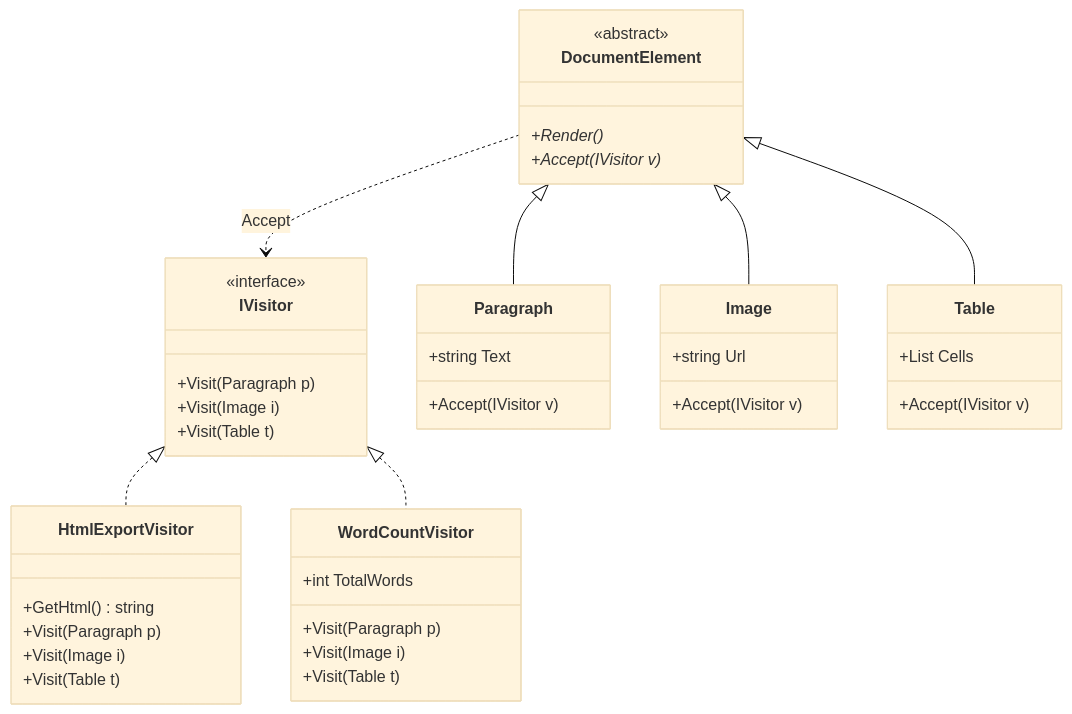
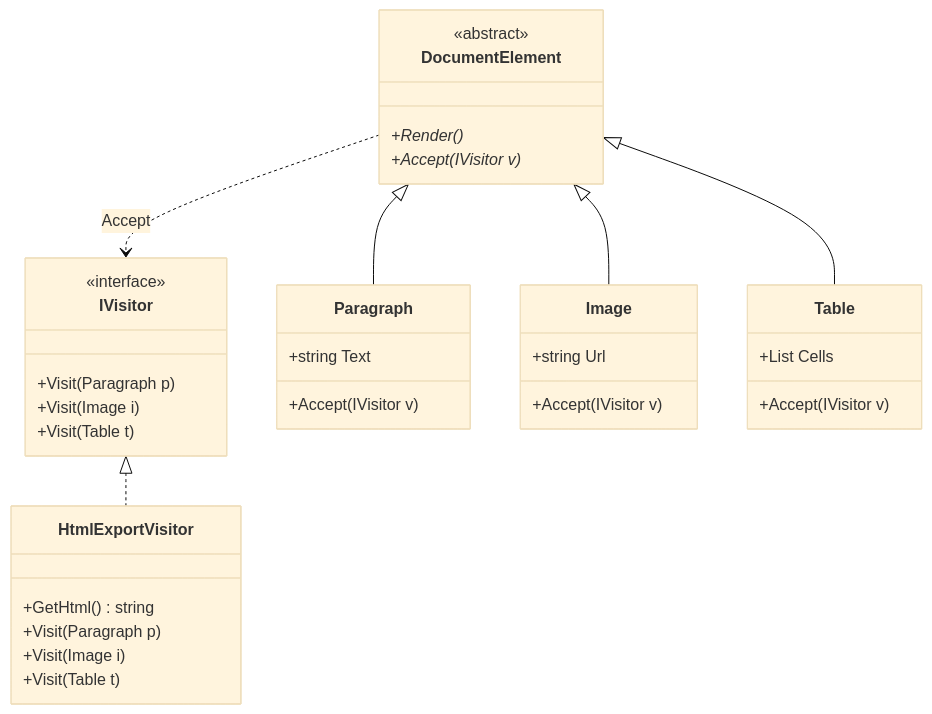
The diagram in README.md (ronaldofas/balta-desafio-carnacode-2026_23-visitor), drawn with Mermaid (base theme) before and after one commit. The commit also changed other lines of this file, not shown here.

````diff
--- a/README.md
+++ b/README.md
@@ -16,51 +38,43 @@
 ```mermaid
 classDiagram
     class IVisitor {
         <<interface>>
         +Visit(Paragraph p)
         +Visit(Image i)
         +Visit(Table t)
     }
 
     class DocumentElement {
         <<abstract>>
         +Render()*
         +Accept(IVisitor v)*
     }
 
     class Paragraph {
         +string Text
         +Accept(IVisitor v)
     }
 
     class Image {
         +string Url
         +Accept(IVisitor v)
     }
 
     class Table {
         +List Cells
         +Accept(IVisitor v)
     }
 
     class HtmlExportVisitor {
         +GetHtml() string
         +Visit(Paragraph p)
         +Visit(Image i)
         +Visit(Table t)
     }
 
-    class WordCountVisitor {
-        +int TotalWords
-        +Visit(Paragraph p)
-        +Visit(Image i)
-        +Visit(Table t)
-    }
-
     IVisitor <|.. HtmlExportVisitor
-    IVisitor <|.. WordCountVisitor
     DocumentElement <|-- Paragraph
     DocumentElement <|-- Image
     DocumentElement <|-- Table
     DocumentElement ..> IVisitor : Accept
 ```
````
